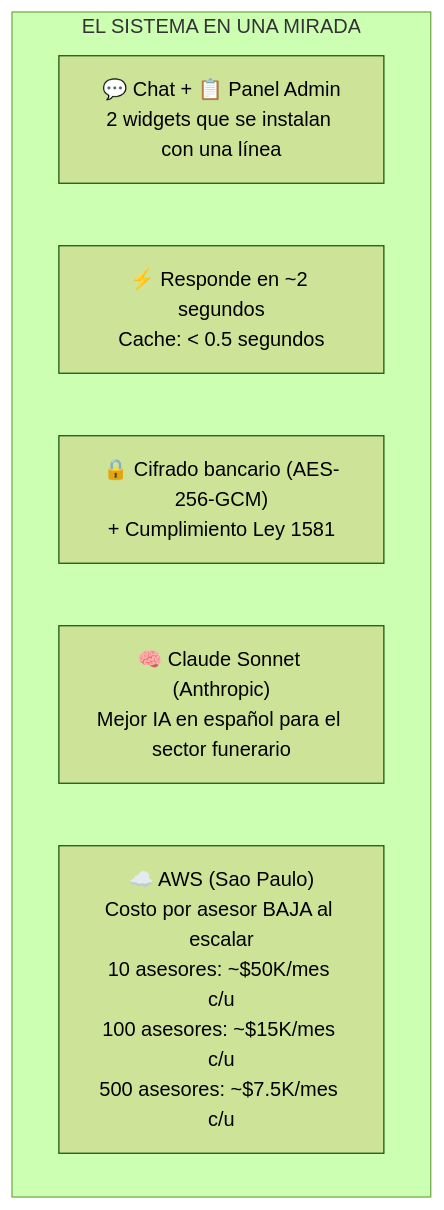
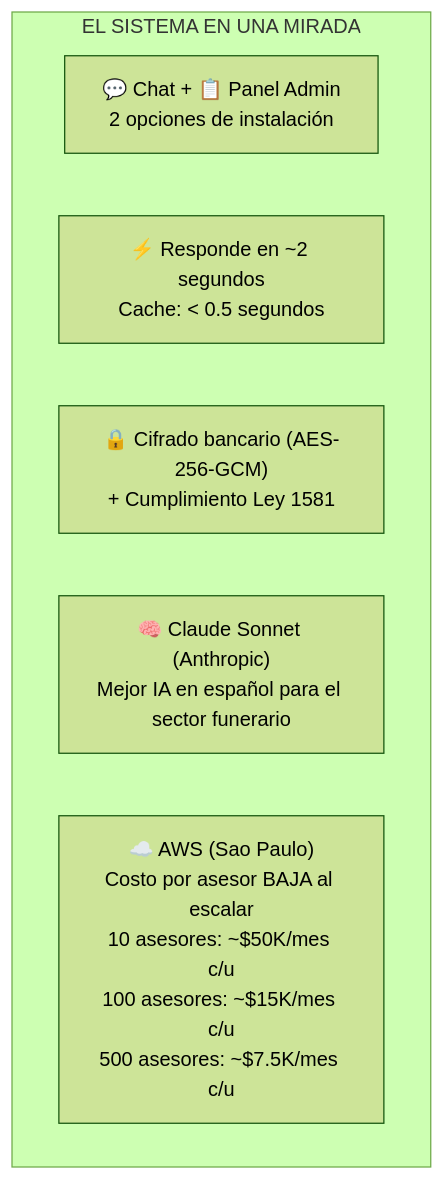
One commit to johnruedal96/capillas changed diagram 16 of 16 in docs/presentacion_tecnica.md. Above: the diagram before and after it, drawn with Mermaid (forest theme). The commit also changed other lines of this file and 13 other files, not shown here.

````diff
--- a/docs/presentacion_tecnica.md
+++ b/docs/presentacion_tecnica.md
@@ -698,10 +711,10 @@
 ```mermaid
 flowchart TB
     subgraph SISTEMA[EL SISTEMA EN UNA MIRADA]
-        L1["💬 Chat + 📋 Panel Admin<br/>2 widgets que se instalan con una línea"]
+        L1["💬 Chat + 📋 Panel Admin<br/>2 opciones de instalación"]
         L2["⚡ Responde en ~2 segundos<br/>Cache: < 0.5 segundos"]
         L3["🔒 Cifrado bancario (AES-256-GCM)<br/>+ Cumplimiento Ley 1581"]
         L4["🧠 Claude Sonnet (Anthropic)<br/>Mejor IA en español para el sector funerario"]
         L5["☁️ AWS (Sao Paulo)<br/>Costo por asesor BAJA al escalar<br/>10 asesores: ~$50K/mes c/u<br/>100 asesores: ~$15K/mes c/u<br/>500 asesores: ~$7.5K/mes c/u"]
     end
 ```
````
